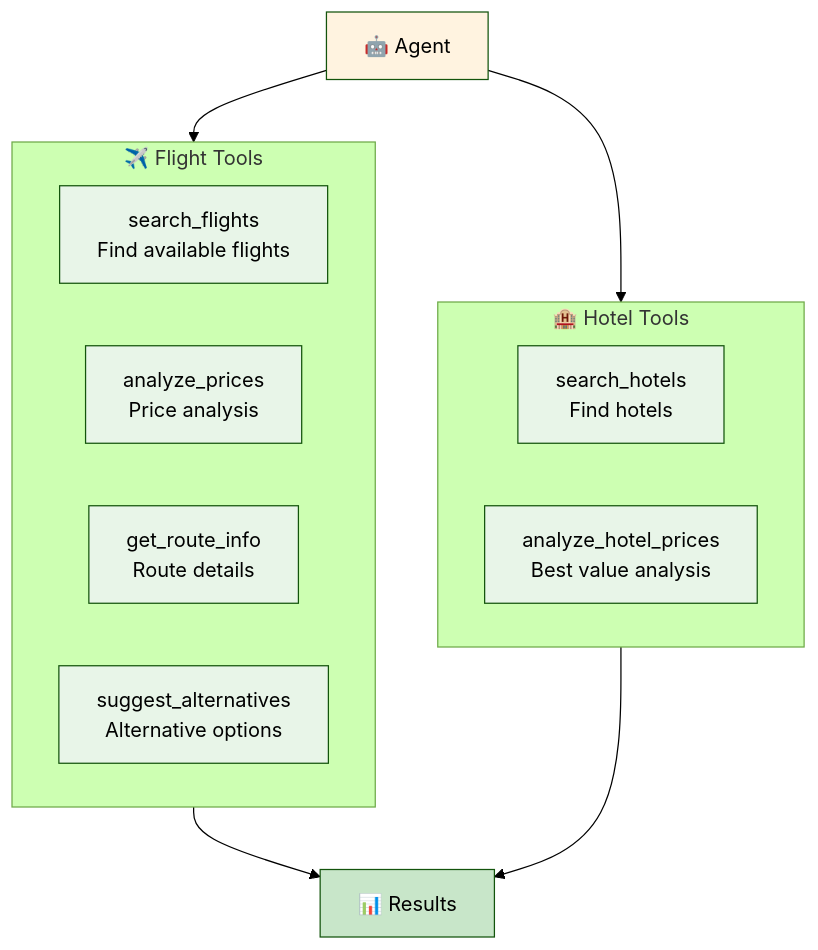
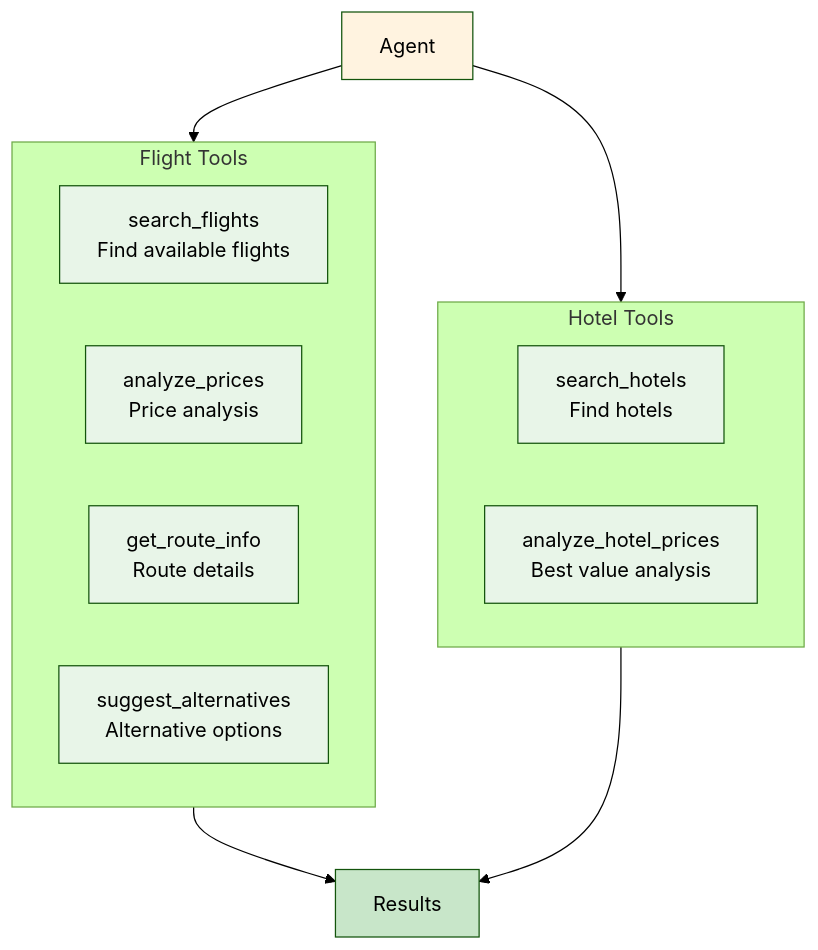
Before and after one commit to Rithanya918/Travel-Agent-: the fourth of 7 diagrams in README.md, drawn with Mermaid (forest theme). The commit also changed other lines of this file, not shown here.

````diff
--- a/README.md
+++ b/README.md
@@ -117,29 +117,29 @@
 ```mermaid
 graph TB
-    subgraph FlightTools[✈️ Flight Tools]
+    subgraph FlightTools[Flight Tools]
         SF[search_flights<br/>Find available flights]
         AP[analyze_prices<br/>Price analysis]
         GR[get_route_info<br/>Route details]
         SA[suggest_alternatives<br/>Alternative options]
     end
     
-    subgraph HotelTools[🏨 Hotel Tools]
+    subgraph HotelTools[Hotel Tools]
         SH[search_hotels<br/>Find hotels]
         AH[analyze_hotel_prices<br/>Best value analysis]
     end
     
     
-    Agent[🤖 Agent] --> FlightTools
+    Agent[ Agent] --> FlightTools
     Agent --> HotelTools
     
-    FlightTools --> Results[📊 Results]
+    FlightTools --> Results[ Results]
     HotelTools --> Results
     
     classDef agent fill:#fff3e0
     classDef tools fill:#e8f5e8
     classDef results fill:#c8e6c9
     
     class Agent agent
     class SF,AP,GR,SA,SH,AH,GP tools
     class Results results
 ```
````
